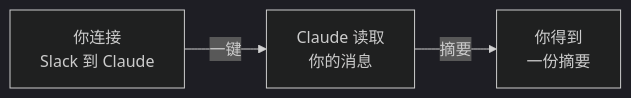
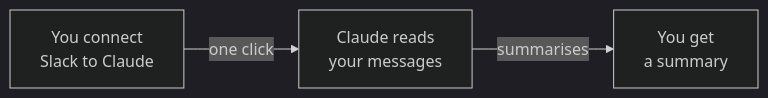
One commit to ChanMeng666/ai-programming-teaching-project changed the second of 2 diagrams in versioned_docs/version-2026-her-waka/tutorial/slack-summary/overview.mdx. Above: the diagram before and after it, drawn with Mermaid (dark theme). The commit also changed other lines of this file and 472 other files, not shown here.

````diff
--- a/versioned_docs/version-2026-her-waka/tutorial/slack-summary/overview.mdx
+++ b/versioned_docs/version-2026-her-waka/tutorial/slack-summary/overview.mdx
@@ -70,5 +70,5 @@
 ```mermaid
 flowchart LR
-    A["你连接\nSlack 到 Claude"] -->|"一键"| B["Claude 读取\n你的消息"]
-    B -->|"摘要"| C["你得到\n一份摘要"]
+    A["You connect\nSlack to Claude"] -->|"one click"| B["Claude reads\nyour messages"]
+    B -->|"summarises"| C["You get\na summary"]
 ```
````
